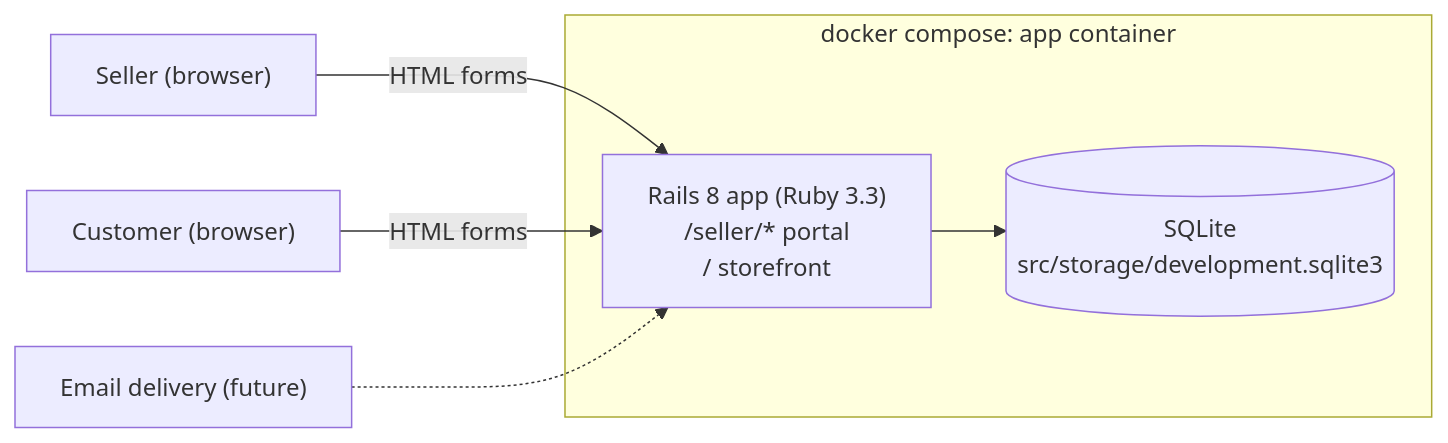
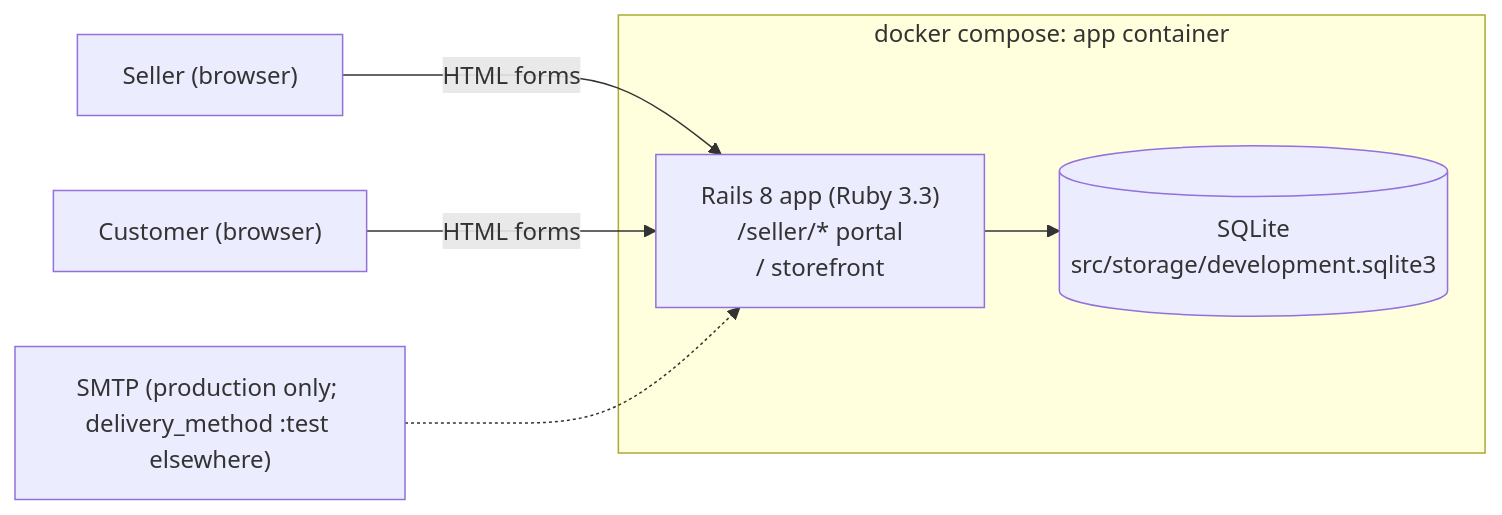
The first of 4 diagrams in prototype/rails/docs/architecture.md (jonathan-beebe/art-store), drawn with Mermaid before and after one commit. The commit also changed other lines of this file and 349 other files, not shown here.

````diff
--- a/prototype/rails/docs/architecture.md
+++ b/prototype/rails/docs/architecture.md
@@ -13,11 +13,11 @@
 ```mermaid
 flowchart LR
     subgraph docker["docker compose: app container"]
         rails["Rails 8 app (Ruby 3.3)\n/seller/* portal\n/ storefront"]
         sqlite[("SQLite\nsrc/storage/development.sqlite3")]
         rails --> sqlite
     end
     seller["Seller (browser)"] -- "HTML forms" --> rails
     customer["Customer (browser)"] -- "HTML forms" --> rails
-    mail["Email delivery (future)"] -.-> rails
+    smtp["SMTP (production only; delivery_method :test elsewhere)"] -.-> rails
 ```
````
